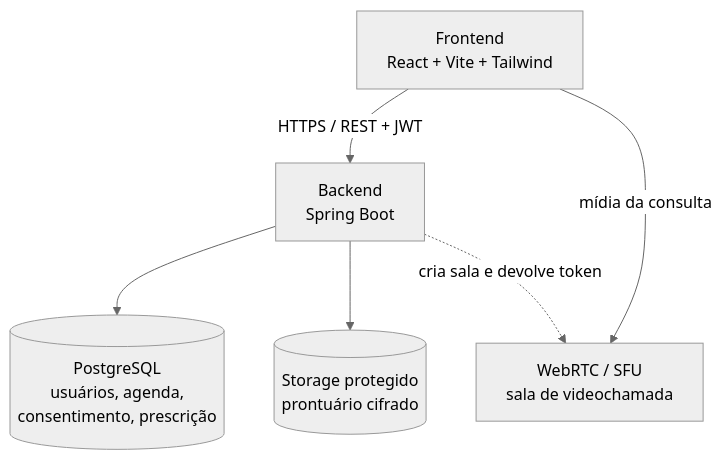
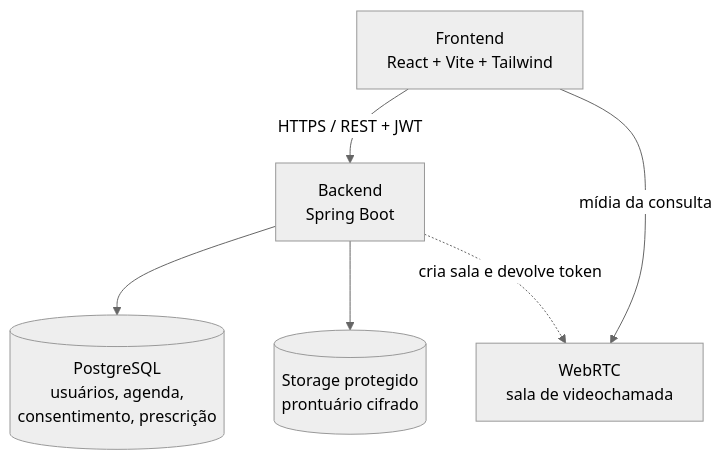
One commit to iagobcosta/vida-conecta changed the first of 3 diagrams in README.md. Above: the diagram before and after it, drawn with Mermaid (neutral theme).

Commit message:
fix: update README.md to clarify WebRTC/SFU description by removing redundant text

````diff
--- a/README.md
+++ b/README.md
@@ -58,17 +58,17 @@
 ```mermaid
 flowchart TB
   FE[Frontend<br/>React + Vite + Tailwind]
 
   BE[Backend<br/>Spring Boot]
 
   PG[(PostgreSQL<br/>usuários, agenda,<br/>consentimento, prescrição)]
   EHR[(Storage protegido<br/>prontuário cifrado)]
-  SFU[WebRTC / SFU<br/>sala de videochamada]
+  SFU[WebRTC <br/>sala de videochamada]
 
   FE -->|HTTPS / REST + JWT| BE
   FE -->|mídia da consulta| SFU
 
   BE --> PG
   BE --> EHR
   BE -.->|cria sala e devolve token| SFU
 ```
````
